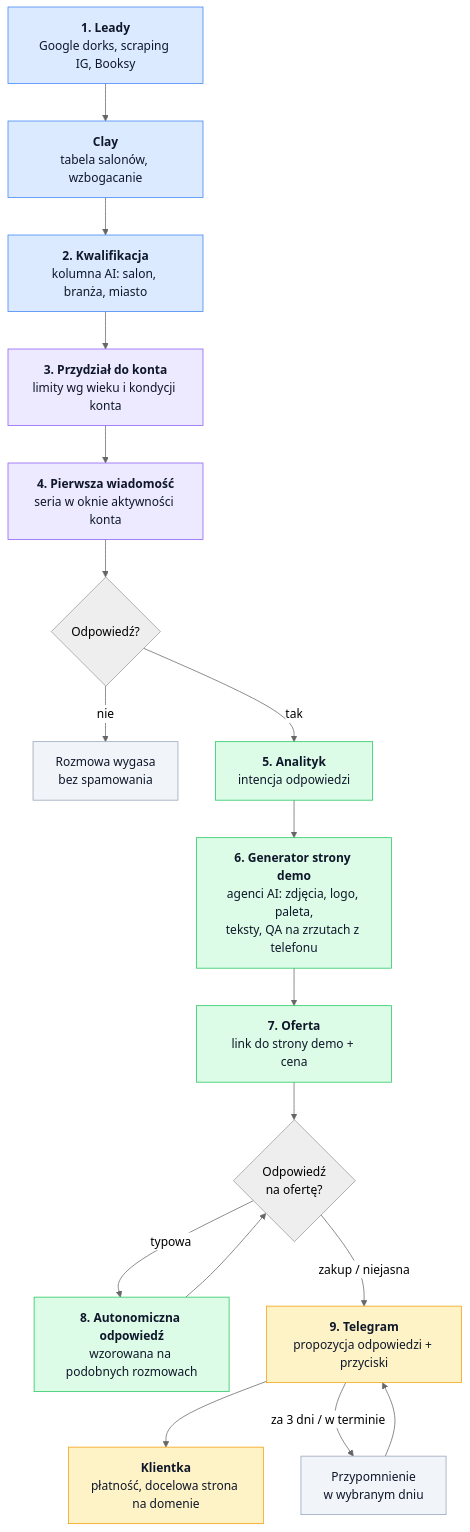
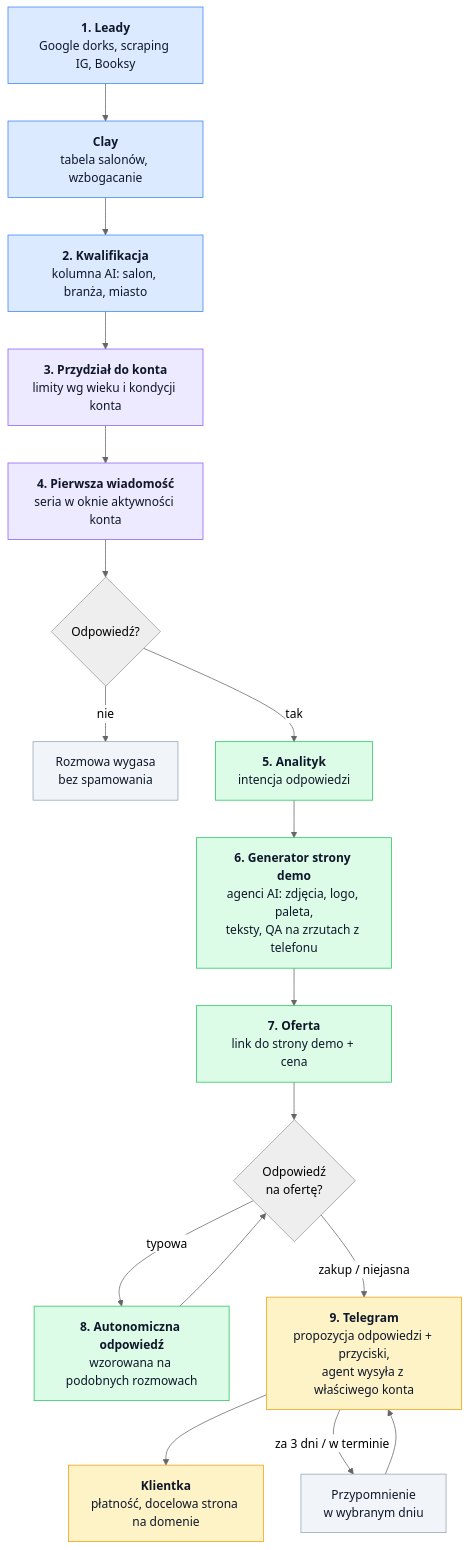
One commit to patrykolech/ai-sales-system-instagram changed the diagram in README.md. Above: the diagram before and after it, drawn with Mermaid (neutral theme). The commit also changed other lines of this file and 1 other file, not shown here.

Commit message:
Koszt strony demo 10-15 gr, odpowiedzi z Telegrama wysylane przez agenta wlasciwego konta

````diff
--- a/README.md
+++ b/README.md
@@ -23,30 +23,30 @@
 ```mermaid
 flowchart TD
     A["<b>1. Leady</b><br/>Google dorks, scraping IG, Booksy"] --> CL["<b>Clay</b><br/>tabela salonów, wzbogacanie"]
     CL --> B["<b>2. Kwalifikacja</b><br/>kolumna AI: salon, branża, miasto"]
     B --> C["<b>3. Przydział do konta</b><br/>limity wg wieku i kondycji konta"]
     C --> D["<b>4. Pierwsza wiadomość</b><br/>seria w oknie aktywności konta"]
     D --> E{"Odpowiedź?"}
     E -- nie --> F["Rozmowa wygasa<br/>bez spamowania"]
     E -- tak --> G["<b>5. Analityk</b><br/>intencja odpowiedzi"]
     G --> H["<b>6. Generator strony demo</b><br/>agenci AI: zdjęcia, logo, paleta,<br/>teksty, QA na zrzutach z telefonu"]
     H --> I["<b>7. Oferta</b><br/>link do strony demo + cena"]
     I --> J{"Odpowiedź<br/>na ofertę?"}
     J -- "typowa" --> K["<b>8. Autonomiczna odpowiedź</b><br/>wzorowana na podobnych rozmowach"]
-    J -- "zakup / niejasna" --> L["<b>9. Telegram</b><br/>propozycja odpowiedzi + przyciski"]
+    J -- "zakup / niejasna" --> L["<b>9. Telegram</b><br/>propozycja odpowiedzi + przyciski,<br/>agent wysyła z właściwego konta"]
     K --> J
     L --> M["<b>Klientka</b><br/>płatność, docelowa strona na domenie"]
     L -- "za 3 dni / w terminie" --> N["Przypomnienie<br/>w wybranym dniu"]
     N --> L
 
     classDef dane fill:#dbeafe,stroke:#3b82f6,color:#0f172a
     classDef konta fill:#ede9fe,stroke:#8b5cf6,color:#0f172a
     classDef ai fill:#dcfce7,stroke:#22c55e,color:#0f172a
     classDef sprzedaz fill:#fef3c7,stroke:#f59e0b,color:#0f172a
     classDef boczne fill:#f1f5f9,stroke:#94a3b8,color:#0f172a
     class A,B,CL dane
     class C,D konta
     class G,H,I,K ai
     class L,M sprzedaz
     class F,N boczne
 ```
````
